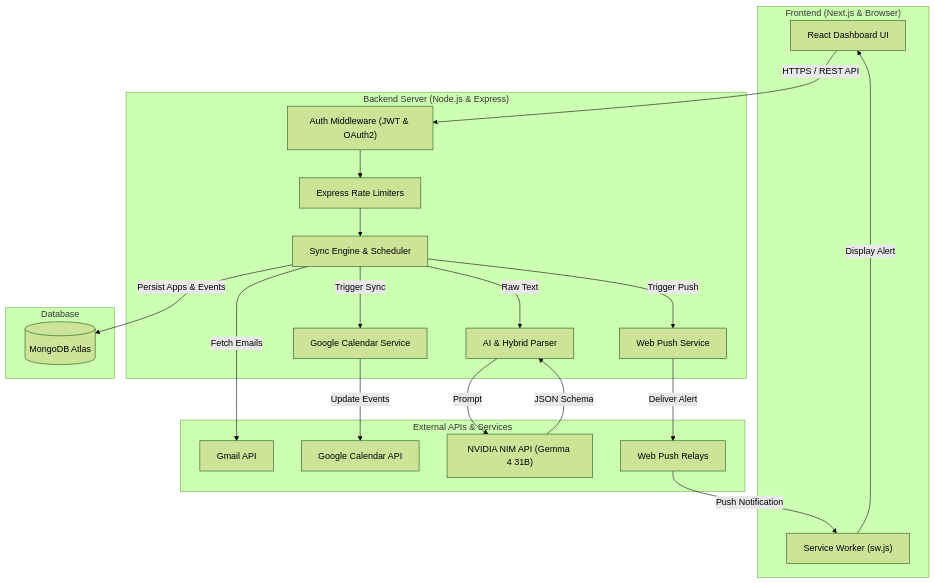
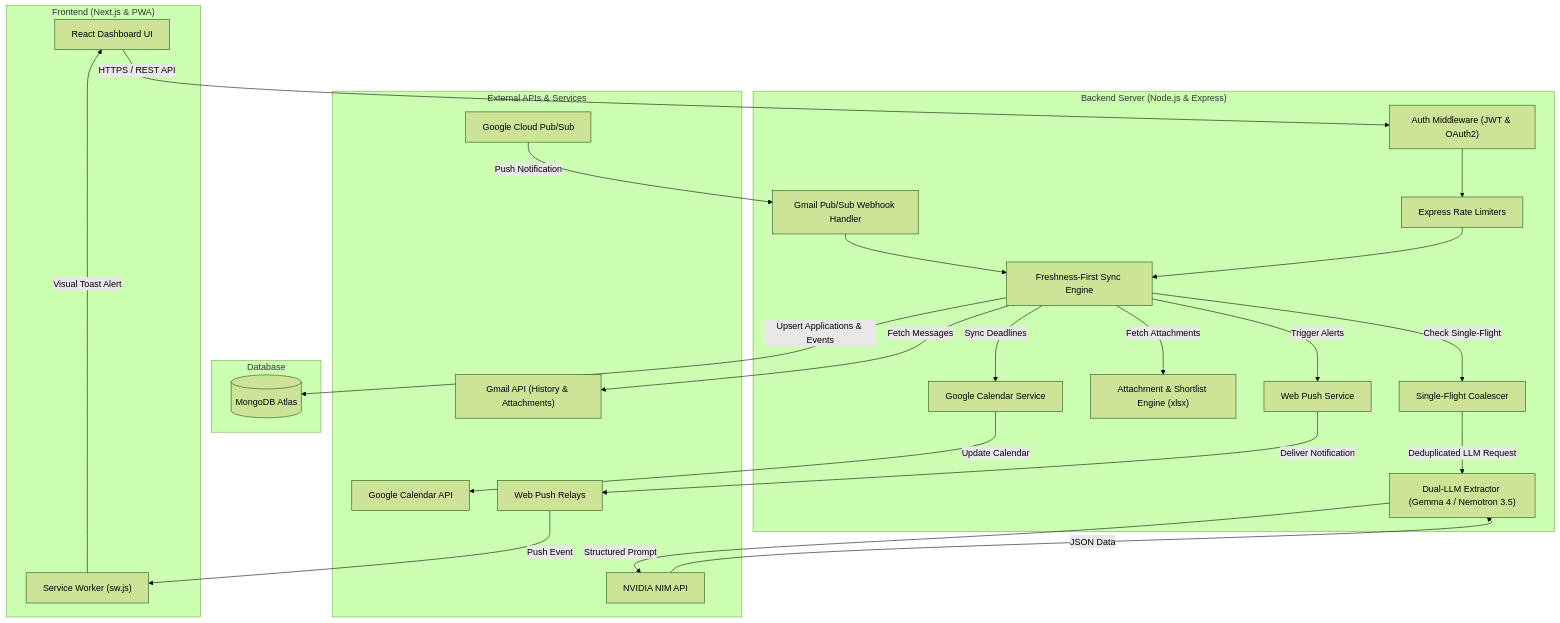
Before and after one commit to tejasholla23/email-tracker: the diagram in README.md, drawn with Mermaid (forest theme). The commit also changed other lines of this file and 12 other files, not shown here.

````diff
--- a/README.md
+++ b/README.md
@@ -67,42 +81,50 @@
 ```mermaid
 flowchart TD
-    subgraph Client["Frontend (Next.js & Browser)"]
+    subgraph Client["Frontend (Next.js & PWA)"]
         UI["React Dashboard UI"]
         SW["Service Worker (sw.js)"]
     end
 
     subgraph Server["Backend Server (Node.js & Express)"]
         AUTH["Auth Middleware (JWT & OAuth2)"]
         LIMIT["Express Rate Limiters"]
-        SYNC["Sync Engine & Scheduler"]
-        PARSER["AI & Hybrid Parser"]
+        PUBSUB["Gmail Pub/Sub Webhook Handler"]
+        SYNC["Freshness-First Sync Engine"]
+        SINGLEFLIGHT["Single-Flight Coalescer"]
+        PARSER["Dual-LLM Extractor (Gemma 4 / Nemotron 3.5)"]
+        EXCEL["Attachment & Shortlist Engine (xlsx)"]
         CAL_SERVICE["Google Calendar Service"]
         PUSH_SERVICE["Web Push Service"]
     end
 
     subgraph DB["Database"]
         MONGO[("MongoDB Atlas")]
     end
 
     subgraph External["External APIs & Services"]
-        GMAIL["Gmail API"]
+        GMAIL["Gmail API (History & Attachments)"]
         GCAL["Google Calendar API"]
-        NVIDIA["NVIDIA NIM API (Gemma 4 31B)"]
+        NVIDIA["NVIDIA NIM API"]
         WEBPUSH["Web Push Relays"]
+        GCP_PUBSUB["Google Cloud Pub/Sub"]
     end
 
+    GCP_PUBSUB -->|Push Notification| PUBSUB
+    PUBSUB --> SYNC
     UI -->|HTTPS / REST API| AUTH
     AUTH --> LIMIT
     LIMIT --> SYNC
-    SYNC -->|Fetch Emails| GMAIL
-    SYNC -->|Raw Text| PARSER
-    PARSER -->|Prompt| NVIDIA
-    NVIDIA -->|JSON Schema| PARSER
-    SYNC -->|Persist Apps & Events| MONGO
-    SYNC -->|Trigger Sync| CAL_SERVICE
-    CAL_SERVICE -->|Update Events| GCAL
-    SYNC -->|Trigger Push| PUSH_SERVICE
-    PUSH_SERVICE -->|Deliver Alert| WEBPUSH
-    WEBPUSH -->|Push Notification| SW
-    SW -->|Display Alert| UI
+    SYNC -->|Fetch Messages| GMAIL
+    SYNC -->|Check Single-Flight| SINGLEFLIGHT
+    SINGLEFLIGHT -->|Deduplicated LLM Request| PARSER
+    PARSER -->|Structured Prompt| NVIDIA
+    NVIDIA -->|JSON Data| PARSER
+    SYNC -->|Fetch Attachments| EXCEL
+    SYNC -->|Upsert Applications & Events| MONGO
+    SYNC -->|Sync Deadlines| CAL_SERVICE
+    CAL_SERVICE -->|Update Calendar| GCAL
+    SYNC -->|Trigger Alerts| PUSH_SERVICE
+    PUSH_SERVICE -->|Deliver Notification| WEBPUSH
+    WEBPUSH -->|Push Event| SW
+    SW -->|Visual Toast Alert| UI
 ```
````
